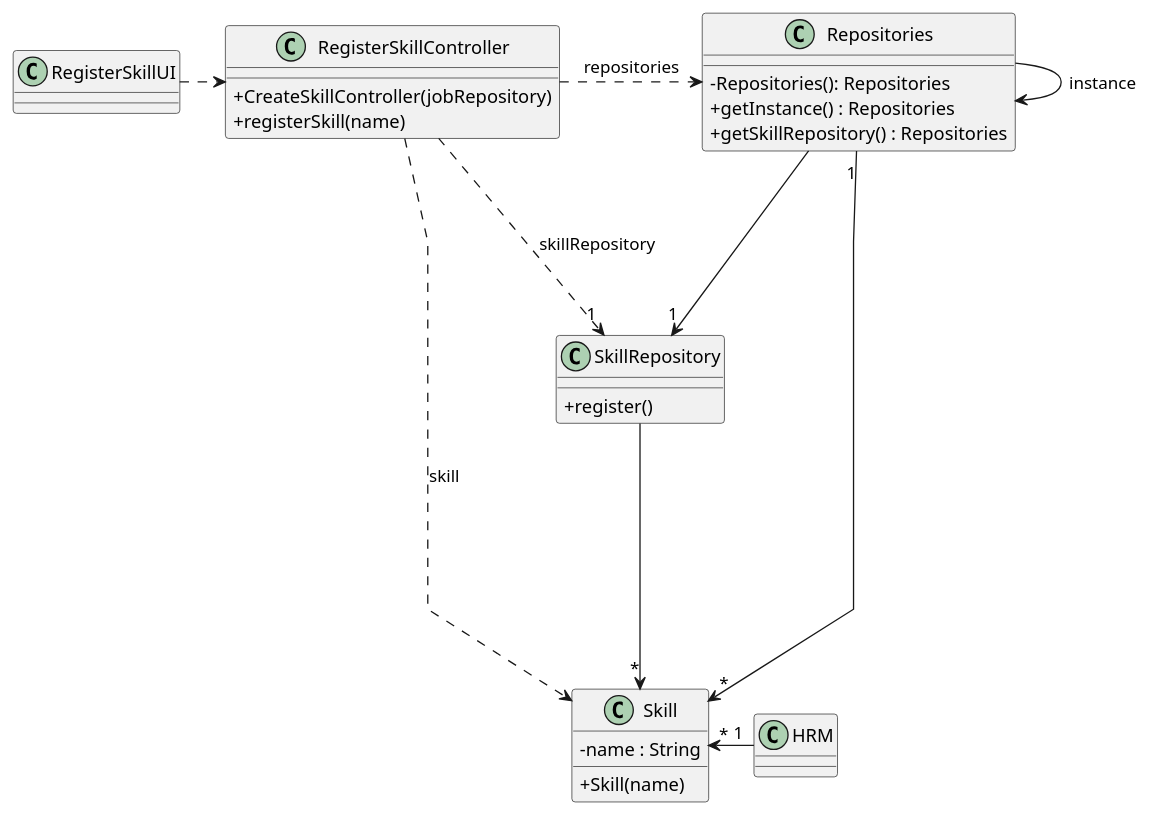
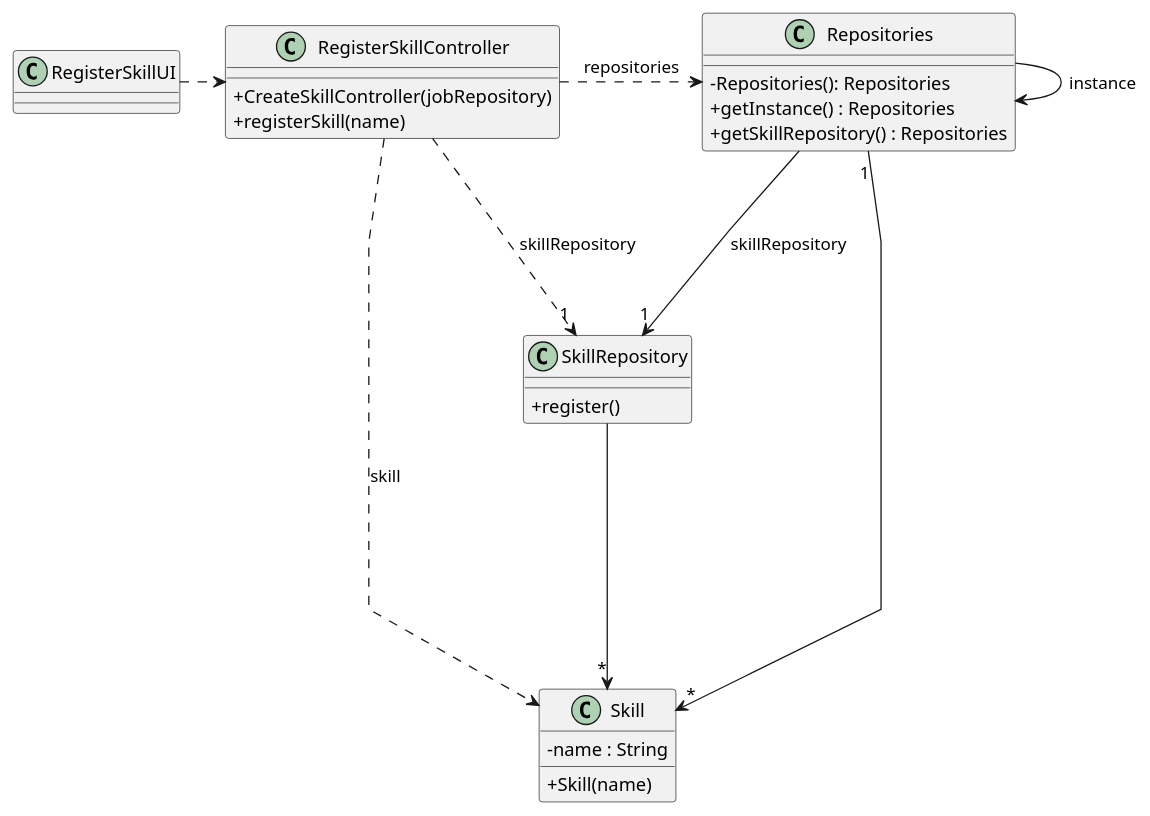
The diagram in docs/sprintB/us001/03.design/puml/us001-class-diagram.puml (Departamento-de-Engenharia-Informatica/lei-24-s2-1dkl-g134), drawn with PlantUML before and after one commit. The commit also changed 7 other files, not shown here.

```diff
--- a/docs/sprintB/us001/03.design/puml/us001-class-diagram.puml
+++ b/docs/sprintB/us001/03.design/puml/us001-class-diagram.puml
@@ -1,51 +1,47 @@
 @startuml
 'skinparam monochrome true
 skinparam packageStyle rectangle
 skinparam shadowing false
 skinparam linetype polyline
 'skinparam linetype orto
 
 skinparam classAttributeIconSize 0
 
 'left to right direction
 
 class RegisterSkillUI{
 }
 
 
 class RegisterSkillController{
    +CreateSkillController(jobRepository)
    +registerSkill(name)
  }
 
 class Repositories {
     - Repositories(): Repositories
     + getInstance() : Repositories
     + getSkillRepository() : Repositories
 }
 
 
 class SkillRepository {
     + register()
 }
 
 class Skill{
     -name : String
     +Skill(name)
 }
 
-class HRM{
-}
-
 RegisterSkillUI .> RegisterSkillController
 RegisterSkillController ...r> Repositories : repositories
-Repositories ---> "1" SkillRepository
+Repositories ---> "1" SkillRepository : skillRepository
 Repositories -> Repositories : instance
 Repositories "1" --> "*" Skill
 
 SkillRepository --> "*" Skill
-HRM "1" -l-> "*" Skill
 RegisterSkillController ......>  Skill : skill
 RegisterSkillController ...> "1" SkillRepository : skillRepository
 
 @enduml
```
